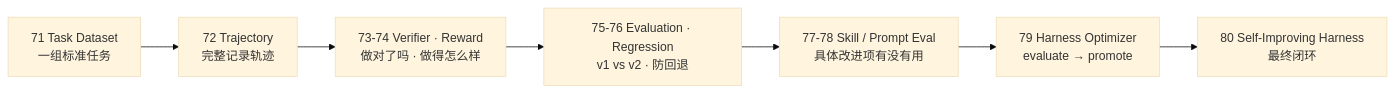
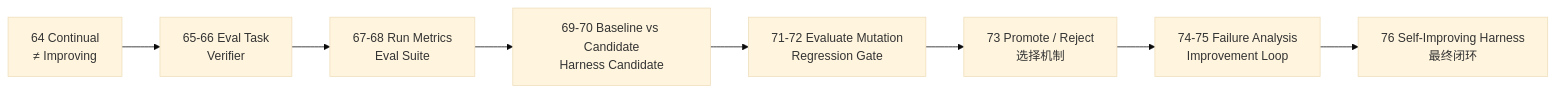
The third of 4 diagrams in docs/zh/tutorials/stage-7-hello-agent-lab/index.md (liuyueyi/hello-harness), drawn with Mermaid (base theme) before and after one commit. The commit also changed other lines of this file and 87 other files, not shown here.

````diff
--- a/docs/zh/tutorials/stage-7-hello-agent-lab/index.md
+++ b/docs/zh/tutorials/stage-7-hello-agent-lab/index.md
@@ -86,9 +76,10 @@
 ```mermaid
 flowchart LR
-  A[71 Task Dataset<br/>一组标准任务] --> B[72 Trajectory<br/>完整记录轨迹]
-  B --> C[73-74 Verifier · Reward<br/>做对了吗 · 做得怎么样]
-  C --> D[75-76 Evaluation · Regression<br/>v1 vs v2 · 防回退]
-  D --> E[77-78 Skill / Prompt Eval<br/>具体改进项有没有用]
-  E --> F[79 Harness Optimizer<br/>evaluate → promote]
-  F --> G[80 Self-Improving Harness<br/>最终闭环]
+  A[64 Continual <br/>≠ Improving] --> B[65-66 Eval Task <br/>Verifier]
+  B --> C[67-68 Run Metrics <br/>Eval Suite]
+  C --> D[69-70 Baseline vs Candidate<br/>Harness Candidate]
+  D --> E[71-72 Evaluate Mutation<br/>Regression Gate]
+  E --> F[73 Promote / Reject<br/>选择机制]
+  F --> G[74-75 Failure Analysis<br/>Improvement Loop]
+  G --> H[76 Self-Improving Harness<br/>最终闭环]
 ```
````
